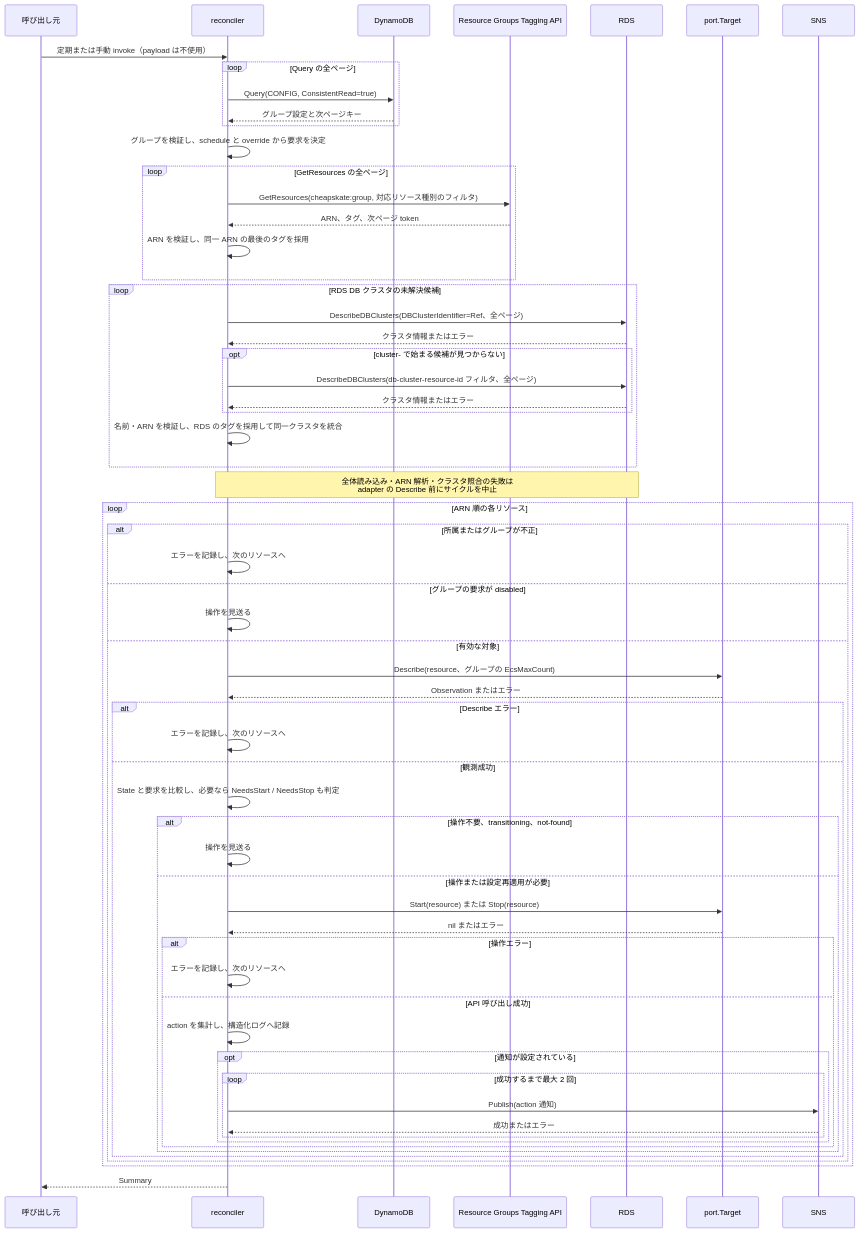
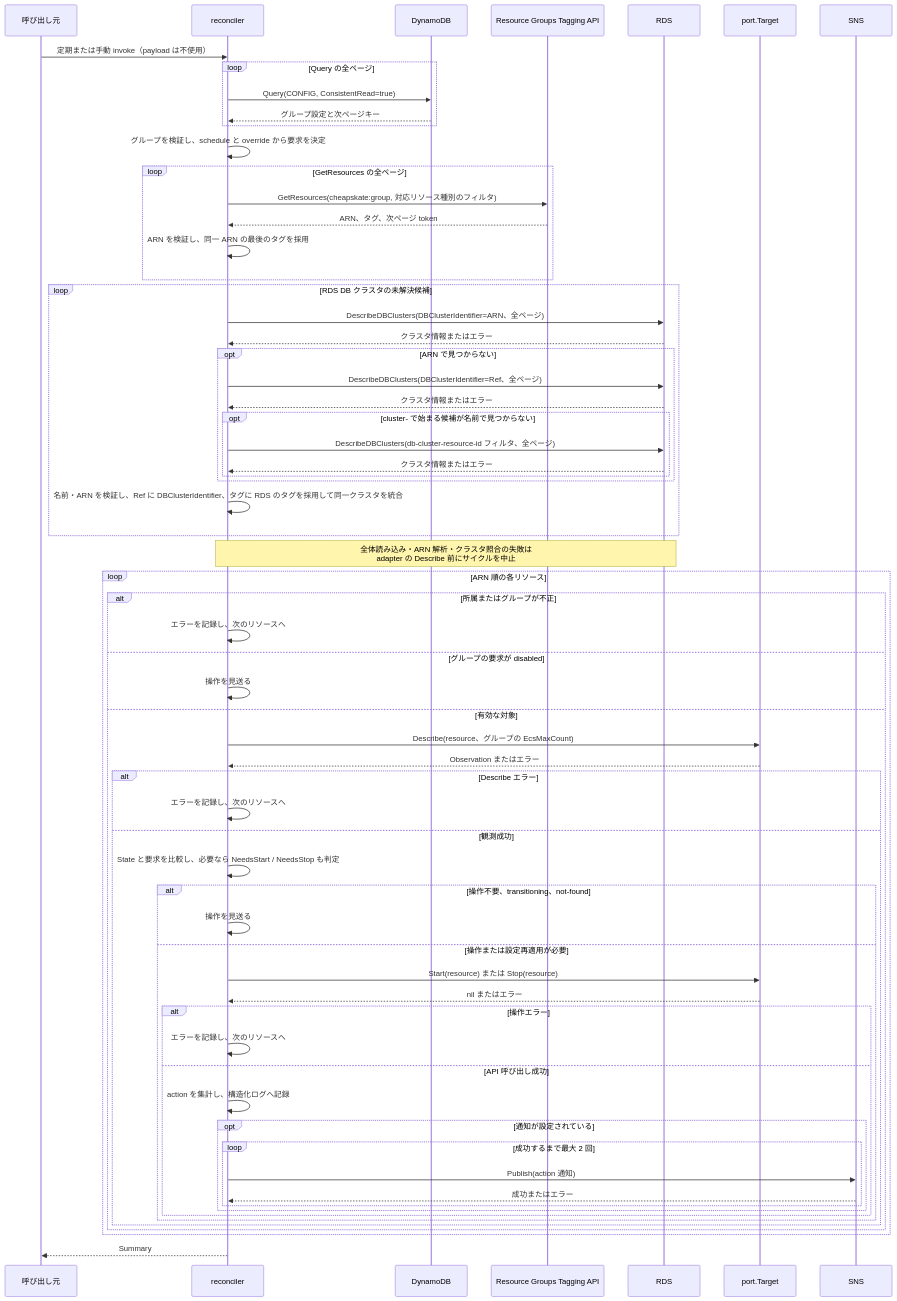
One commit to moepig/cheapskate changed the first of 9 diagrams in docs/ja/development/resource_sequence.md. Above: the diagram before and after it, drawn with Mermaid. The commit also changed 9 other files, not shown here.

Commit message:
Resolve RDS cluster identities through their ARNs

````diff
--- a/docs/ja/development/resource_sequence.md
+++ b/docs/ja/development/resource_sequence.md
@@ -9,64 +9,68 @@
 ```mermaid
 sequenceDiagram
     participant C as 呼び出し元
     participant R as reconciler
     participant D as DynamoDB
     participant T as Resource Groups Tagging API
     participant S as RDS
     participant A as port.Target
     participant N as SNS
     C->>R: 定期または手動 invoke（payload は不使用）
     loop Query の全ページ
         R->>D: Query(CONFIG, ConsistentRead=true)
         D-->>R: グループ設定と次ページキー
     end
     R->>R: グループを検証し、schedule と override から要求を決定
     loop GetResources の全ページ
         R->>T: GetResources(cheapskate:group, 対応リソース種別のフィルタ)
         T-->>R: ARN、タグ、次ページ token
         R->>R: ARN を検証し、同一 ARN の最後のタグを採用
     end
     loop RDS DB クラスタの未解決候補
-        R->>S: DescribeDBClusters(DBClusterIdentifier=Ref、全ページ)
+        R->>S: DescribeDBClusters(DBClusterIdentifier=ARN、全ページ)
         S-->>R: クラスタ情報またはエラー
-        opt cluster- で始まる候補が見つからない
-            R->>S: DescribeDBClusters(db-cluster-resource-id フィルタ、全ページ)
+        opt ARN で見つからない
+            R->>S: DescribeDBClusters(DBClusterIdentifier=Ref、全ページ)
             S-->>R: クラスタ情報またはエラー
+            opt cluster- で始まる候補が名前で見つからない
+                R->>S: DescribeDBClusters(db-cluster-resource-id フィルタ、全ページ)
+                S-->>R: クラスタ情報またはエラー
+            end
         end
-        R->>R: 名前・ARN を検証し、RDS のタグを採用して同一クラスタを統合
+        R->>R: 名前・ARN を検証し、Ref に DBClusterIdentifier、タグに RDS のタグを採用して同一クラスタを統合
     end
     Note over R,S: 全体読み込み・ARN 解析・クラスタ照合の失敗は<br/>adapter の Describe 前にサイクルを中止
     loop ARN 順の各リソース
         alt 所属またはグループが不正
             R->>R: エラーを記録し、次のリソースへ
         else グループの要求が disabled
             R->>R: 操作を見送る
         else 有効な対象
             R->>A: Describe(resource、グループの EcsMaxCount)
             A-->>R: Observation またはエラー
             alt Describe エラー
                 R->>R: エラーを記録し、次のリソースへ
             else 観測成功
                 R->>R: State と要求を比較し、必要なら NeedsStart / NeedsStop も判定
                 alt 操作不要、transitioning、not-found
                     R->>R: 操作を見送る
                 else 操作または設定再適用が必要
                     R->>A: Start(resource) または Stop(resource)
                     A-->>R: nil またはエラー
                     alt 操作エラー
                         R->>R: エラーを記録し、次のリソースへ
                     else API 呼び出し成功
                         R->>R: action を集計し、構造化ログへ記録
                         opt 通知が設定されている
                             loop 成功するまで最大 2 回
                                 R->>N: Publish(action 通知)
                                 N-->>R: 成功またはエラー
                             end
                         end
                     end
                 end
             end
         end
     end
     R-->>C: Summary
 ```
````
